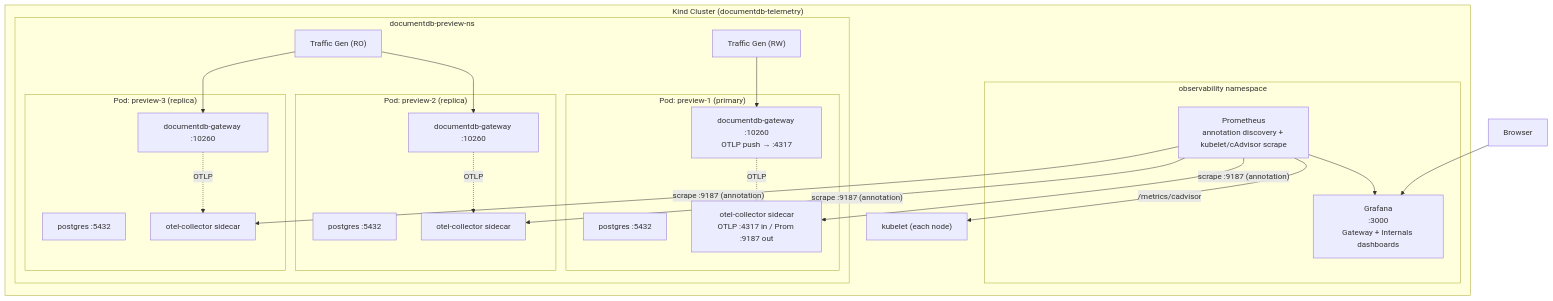
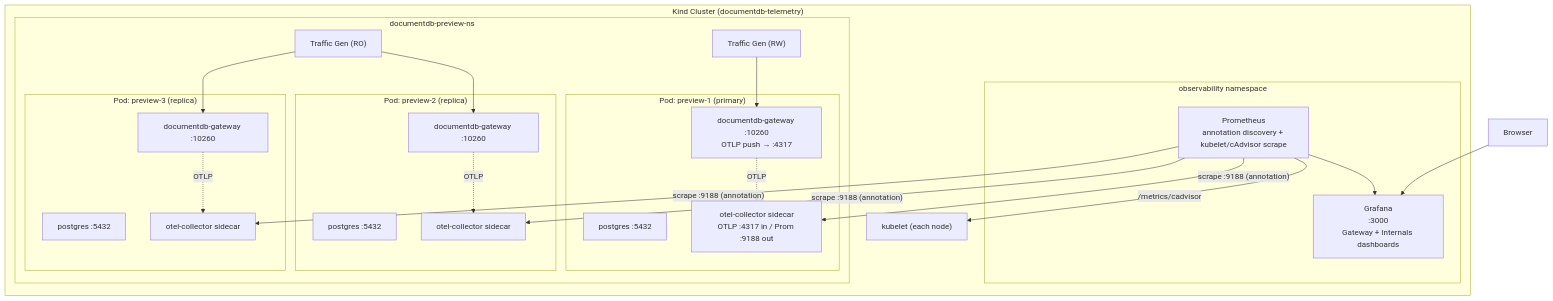
The diagram in documentdb-playground/telemetry/local/README.md (documentdb/documentdb-kubernetes-operator), drawn with Mermaid before and after one commit. The commit also changed other lines of this file and 10 other files, not shown here.

````diff
--- a/documentdb-playground/telemetry/local/README.md
+++ b/documentdb-playground/telemetry/local/README.md
@@ -70,43 +104,43 @@
 ```mermaid
 graph TB
     subgraph cluster["Kind Cluster (documentdb-telemetry)"]
         subgraph obs["observability namespace"]
             prometheus["Prometheus<br/>annotation discovery + kubelet/cAdvisor scrape"]
             grafana["Grafana<br/>:3000<br/>Gateway + Internals dashboards"]
             prometheus --> grafana
         end
 
         subgraph docdb["documentdb-preview-ns"]
             subgraph pod1["Pod: preview-1 (primary)"]
                 pg1["postgres :5432"]
                 gw1["documentdb-gateway :10260<br/>OTLP push → :4317"]
-                otel1["otel-collector sidecar<br/>OTLP :4317 in / Prom :9187 out"]
+                otel1["otel-collector sidecar<br/>OTLP :4317 in / Prom :9188 out"]
                 gw1 -. OTLP .-> otel1
             end
             subgraph pod2["Pod: preview-2 (replica)"]
                 pg2["postgres :5432"]
                 gw2["documentdb-gateway :10260"]
                 otel2["otel-collector sidecar"]
                 gw2 -. OTLP .-> otel2
             end
             subgraph pod3["Pod: preview-3 (replica)"]
                 pg3["postgres :5432"]
                 gw3["documentdb-gateway :10260"]
                 otel3["otel-collector sidecar"]
                 gw3 -. OTLP .-> otel3
             end
             traffic_rw["Traffic Gen (RW)"]
             traffic_ro["Traffic Gen (RO)"]
         end
 
         traffic_rw --> gw1
         traffic_ro --> gw2
         traffic_ro --> gw3
-        prometheus -- "scrape :9187 (annotation)" --> otel1
-        prometheus -- "scrape :9187 (annotation)" --> otel2
-        prometheus -- "scrape :9187 (annotation)" --> otel3
+        prometheus -- "scrape :9188 (annotation)" --> otel1
+        prometheus -- "scrape :9188 (annotation)" --> otel2
+        prometheus -- "scrape :9188 (annotation)" --> otel3
         prometheus -- "/metrics/cadvisor" --> kubelet["kubelet (each node)"]
     end
 
     user["Browser"] --> grafana
 ```
````
